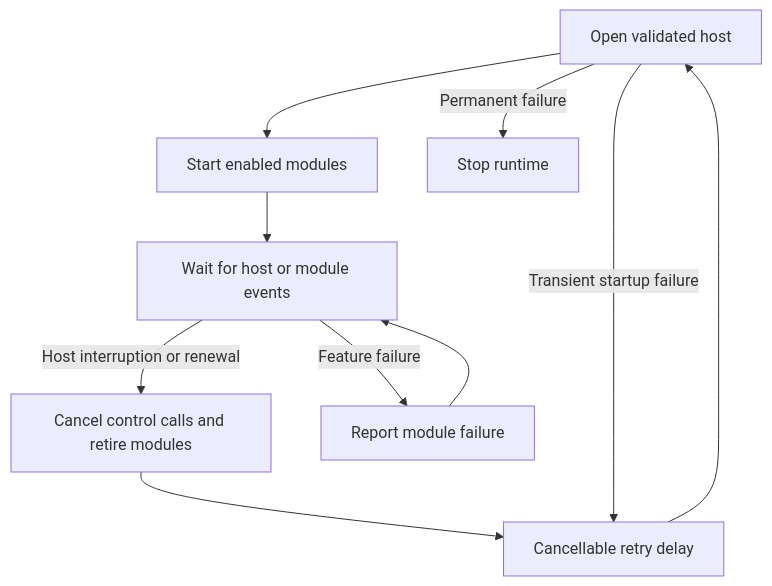
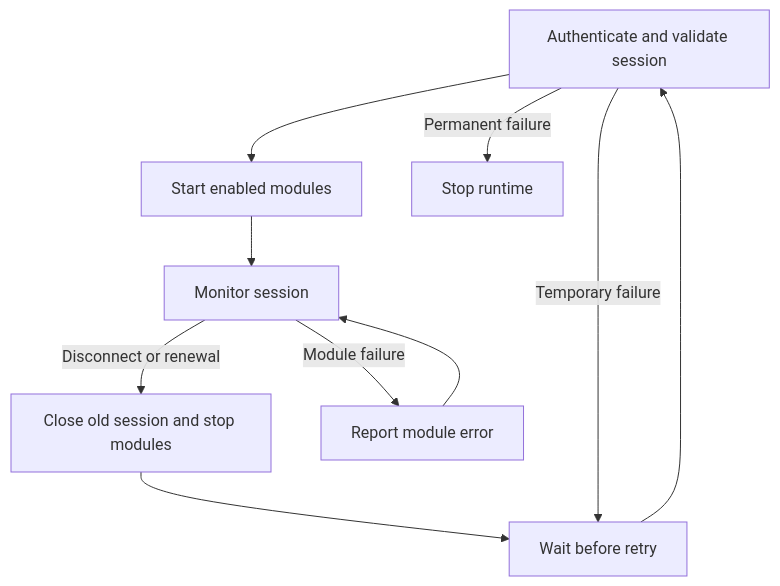
The diagram in docs/architecture/session-resilience.md (YMGPwcca/linkmyphone), drawn with Mermaid before and after one commit. The commit also changed other lines of this file and 1 other file, not shown here.

First line of the commit message:
docs(session): explain recovery flow and runtime behavior

````diff
--- a/docs/architecture/session-resilience.md
+++ b/docs/architecture/session-resilience.md
@@ -20,12 +9,12 @@
 ```mermaid
 flowchart TD
-    Open["Open validated host"] --> Features["Start enabled modules"]
-    Features --> Monitor["Wait for host or module events"]
-    Monitor -->|"Host interruption or renewal"| Retire["Cancel control calls and retire modules"]
-    Retire --> Backoff["Cancellable retry delay"]
+    Open["Authenticate and validate session"] --> Features["Start enabled modules"]
+    Features --> Monitor["Monitor session"]
+    Monitor -->|"Disconnect or renewal"| Retire["Close old session and stop modules"]
+    Retire --> Backoff["Wait before retry"]
     Backoff --> Open
-    Open -->|"Transient startup failure"| Backoff
-    Monitor -->|"Feature failure"| Isolate["Report module failure"]
+    Open -->|"Temporary failure"| Backoff
+    Monitor -->|"Module failure"| Isolate["Report module error"]
     Isolate --> Monitor
     Open -->|"Permanent failure"| Stop["Stop runtime"]
 ```
````
